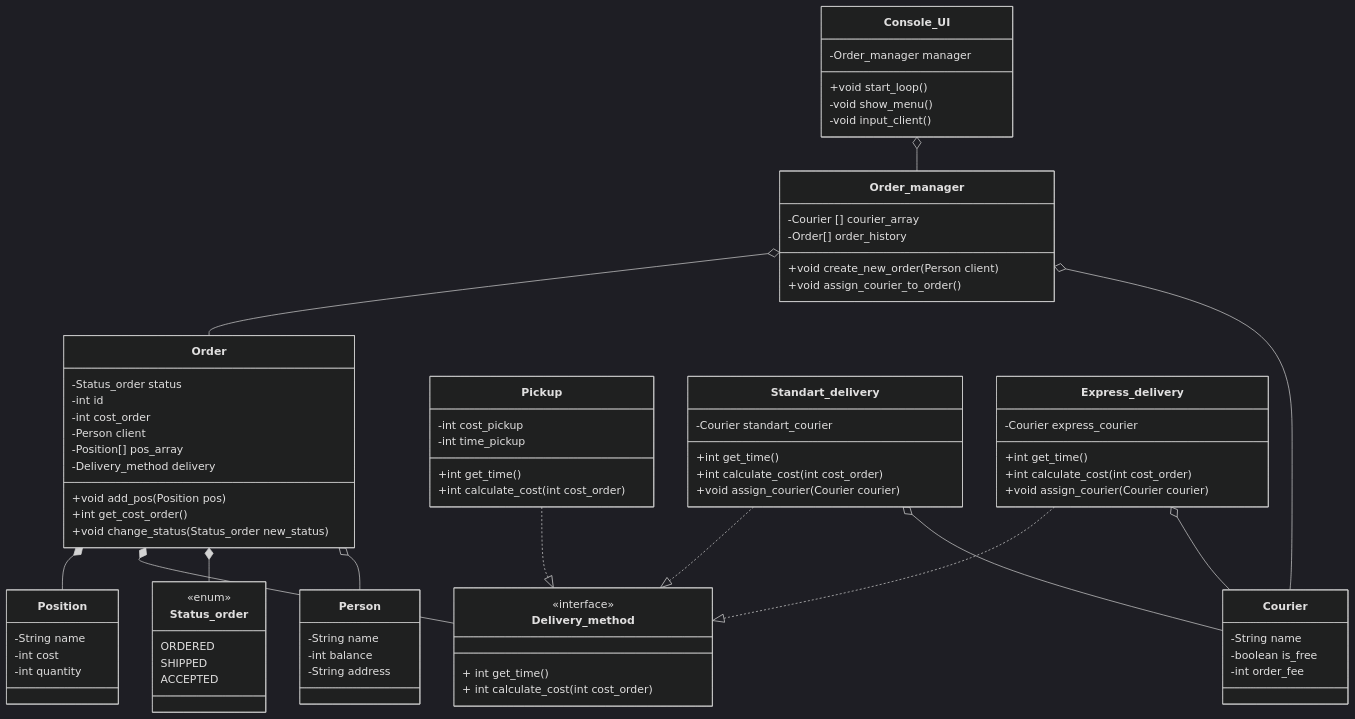
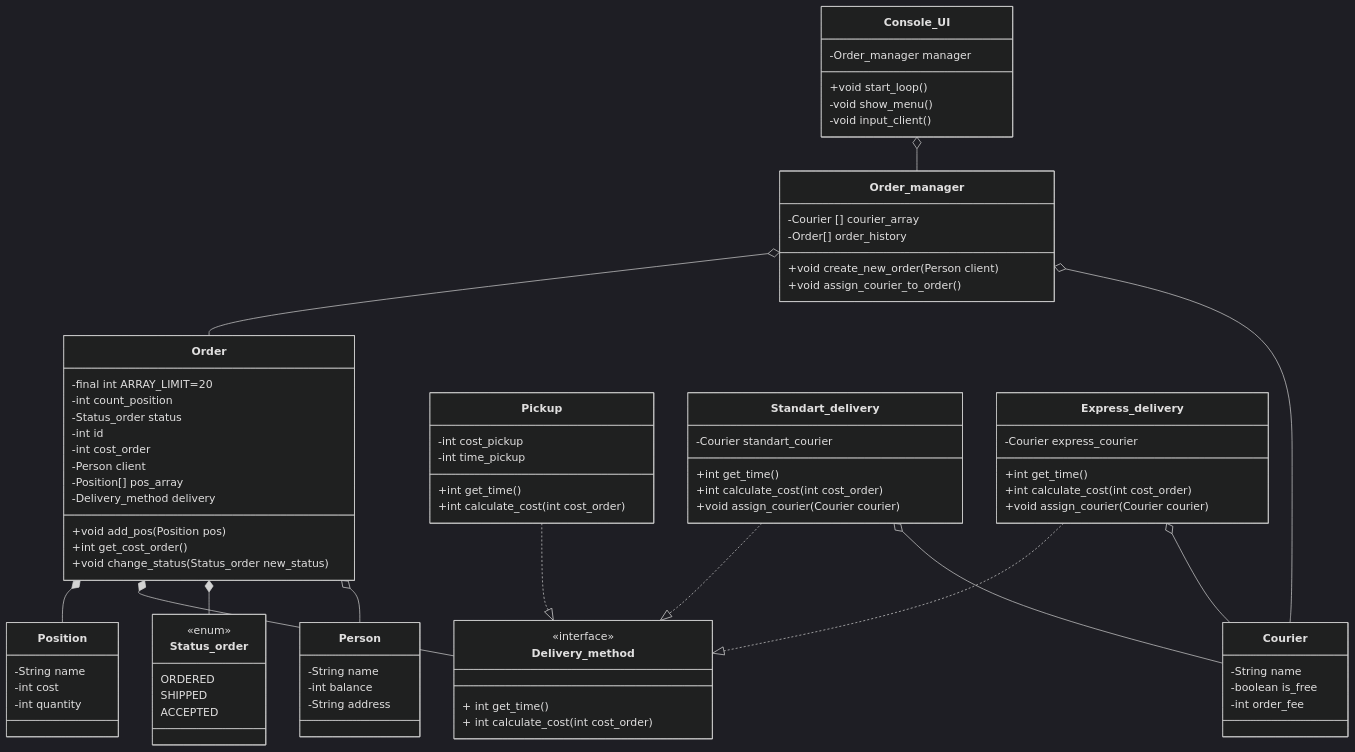
One commit to kirillkushaev2007-boop/Labaratory1 changed the diagram in README.md. Above: the diagram before and after it, drawn with Mermaid (dark theme).

Commit message:
Update README.md
Update Person class in the diagram

```diff
--- a/README.md
+++ b/README.md
@@ -21,6 +21,8 @@
    }
    %% Заказ (Order)
    class Order {
+      -final int ARRAY_LIMIT=20
+      -int count_position
       -Status_order status
       -int id
       -int cost_order
```
